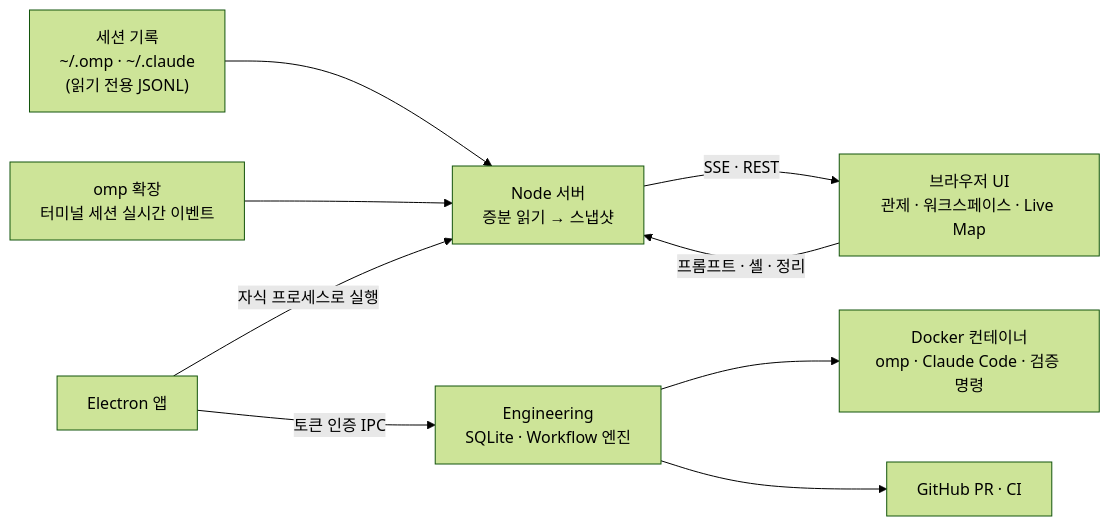
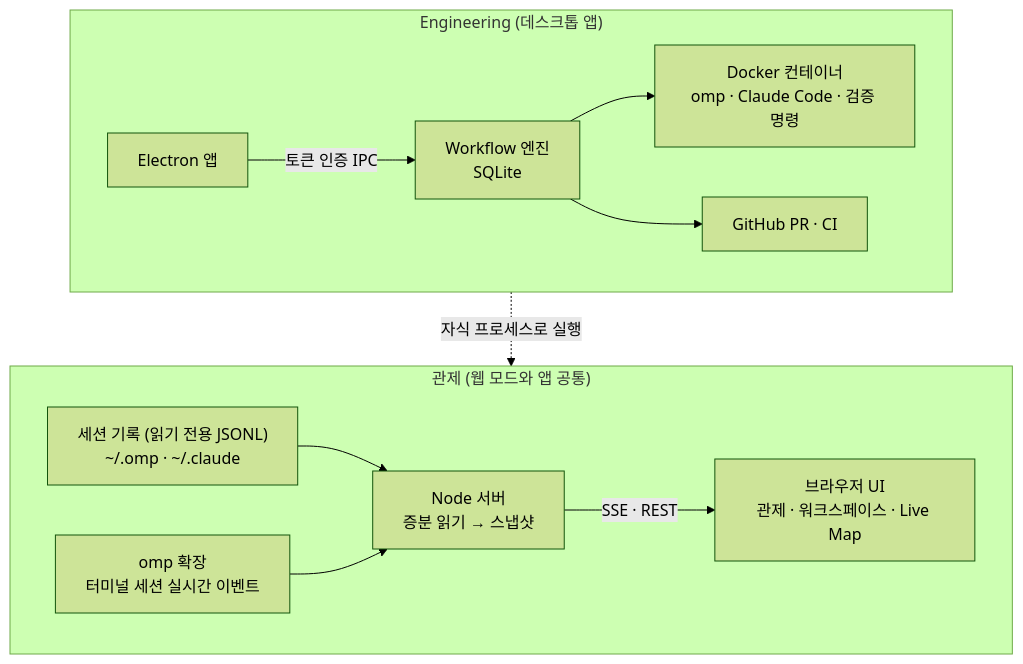
Before and after one commit to thdrmsqhd/omp-live-map: the diagram in README.md, drawn with Mermaid (forest theme).

Commit message:
docs: README 구조 다이어그램을 관제/Engineering 두 묶음으로 정리

````diff
--- a/README.md
+++ b/README.md
@@ -112,11 +112,16 @@
 ```mermaid
-flowchart LR
-  R["세션 기록<br/>~/.omp · ~/.claude<br/>(읽기 전용 JSONL)"] --> S["Node 서버<br/>증분 읽기 → 스냅샷"]
-  X["omp 확장<br/>터미널 세션 실시간 이벤트"] --> S
-  S -- "SSE · REST" --> U["브라우저 UI<br/>관제 · 워크스페이스 · Live Map"]
-  U -- "프롬프트 · 셸 · 정리" --> S
-  D["Electron 앱"] -- "자식 프로세스로 실행" --> S
-  D -- "토큰 인증 IPC" --> E["Engineering<br/>SQLite · Workflow 엔진"]
-  E --> C["Docker 컨테이너<br/>omp · Claude Code · 검증 명령"]
-  E --> G["GitHub PR · CI"]
+flowchart TB
+  subgraph observe["관제 (웹 모드와 앱 공통)"]
+    direction LR
+    R["세션 기록 (읽기 전용 JSONL)<br/>~/.omp · ~/.claude"] --> S["Node 서버<br/>증분 읽기 → 스냅샷"]
+    X["omp 확장<br/>터미널 세션 실시간 이벤트"] --> S
+    S -- "SSE · REST" --> U["브라우저 UI<br/>관제 · 워크스페이스 · Live Map"]
+  end
+  subgraph engineering["Engineering (데스크톱 앱)"]
+    direction LR
+    D["Electron 앱"] -- "토큰 인증 IPC" --> E["Workflow 엔진<br/>SQLite"]
+    E --> C["Docker 컨테이너<br/>omp · Claude Code · 검증 명령"]
+    E --> G["GitHub PR · CI"]
+  end
+  D -. "자식 프로세스로 실행" .-> S
 ```
````
